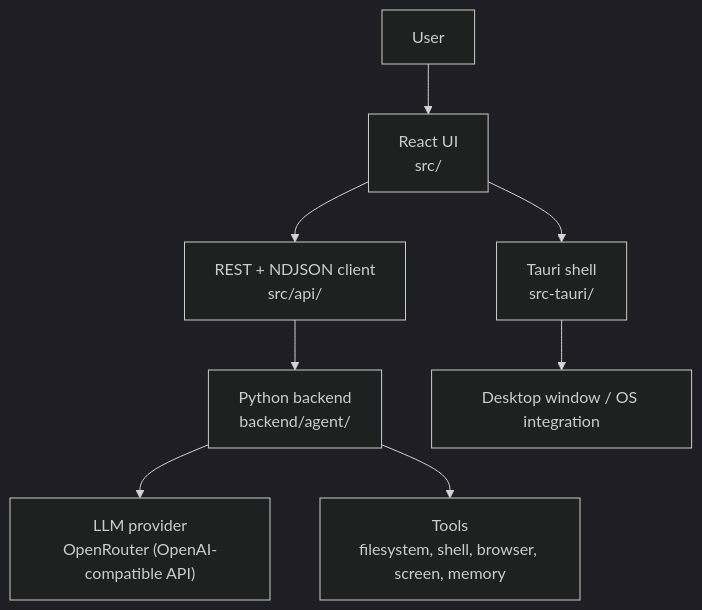
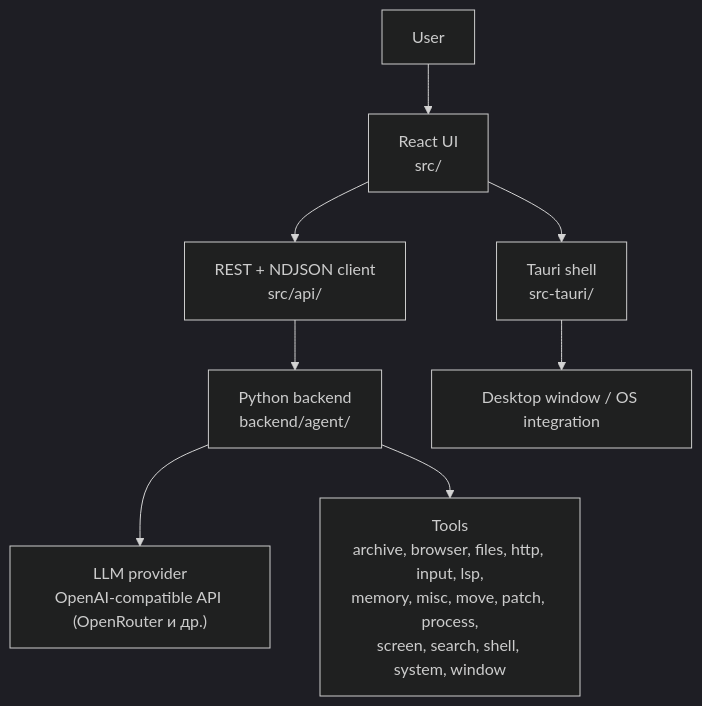
Before and after one commit to elev1e1nSure/warden-desktop: the first of 2 diagrams in docs/architecture.md, drawn with Mermaid (dark theme). The commit also changed other lines of this file and 4 other files, not shown here.

Commit message:
docs: update architecture, project and README docs

````diff
--- a/docs/architecture.md
+++ b/docs/architecture.md
@@ -5,10 +5,10 @@
 ```mermaid
 flowchart TD
   User["User"] --> UI["React UI<br/>src/"]
   UI --> API["REST + NDJSON client<br/>src/api/"]
   API --> Backend["Python backend<br/>backend/agent/"]
-  Backend --> LLM["LLM provider<br/>OpenRouter (OpenAI-compatible API)"]
-  Backend --> Tools["Tools<br/>filesystem, shell, browser, screen, memory"]
+  Backend --> LLM["LLM provider<br/>OpenAI-compatible API (OpenRouter и др.)"]
+  Backend --> Tools["Tools<br/>archive, browser, files, http, input, lsp,<br/>memory, misc, move, patch, process,<br/>screen, search, shell, system, window"]
   UI --> Tauri["Tauri shell<br/>src-tauri/"]
   Tauri --> OS["Desktop window / OS integration"]
 ```
````
